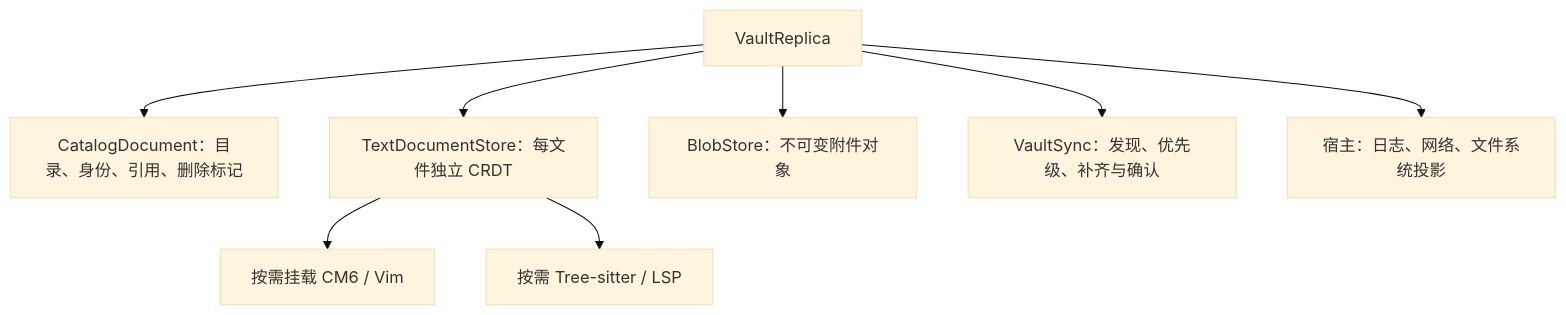
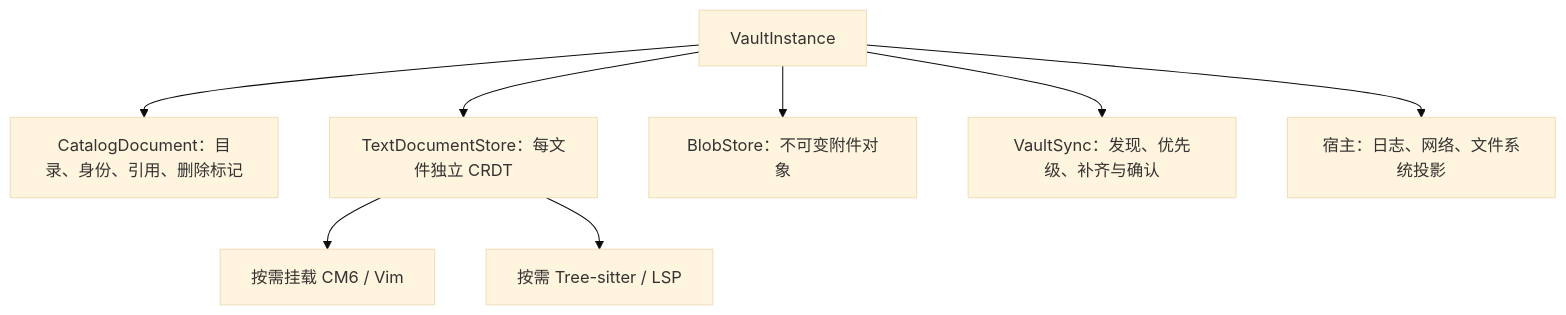
One commit to AzurIce/celestite changed the diagram in docs/_logs/2026-10-04 vault-crdt-design.md. Above: the diagram before and after it, drawn with Mermaid (base theme). The commit also changed other lines of this file and 9 other files, not shown here.

Commit message:
feat: improve editor loading and define Vault instance model

````diff
--- a/docs/_logs/2026-10-04 vault-crdt-design.md
+++ b/docs/_logs/2026-10-04 vault-crdt-design.md
@@ -64,10 +66,10 @@
 ```mermaid
 flowchart TD
-  Replica[VaultReplica] --> Catalog[CatalogDocument：目录、身份、引用、删除标记]
-  Replica --> Bodies[TextDocumentStore：每文件独立 CRDT]
-  Replica --> Blobs[BlobStore：不可变附件对象]
-  Replica --> Sync[VaultSync：发现、优先级、补齐与确认]
+  Instance[VaultInstance] --> Catalog[CatalogDocument：目录、身份、引用、删除标记]
+  Instance --> Bodies[TextDocumentStore：每文件独立 CRDT]
+  Instance --> Blobs[BlobStore：不可变附件对象]
+  Instance --> Sync[VaultSync：发现、优先级、补齐与确认]
   Bodies --> View[按需挂载 CM6 / Vim]
   Bodies --> Language[按需 Tree-sitter / LSP]
-  Replica --> Host[宿主：日志、网络、文件系统投影]
+  Instance --> Host[宿主：日志、网络、文件系统投影]
 ```
````
